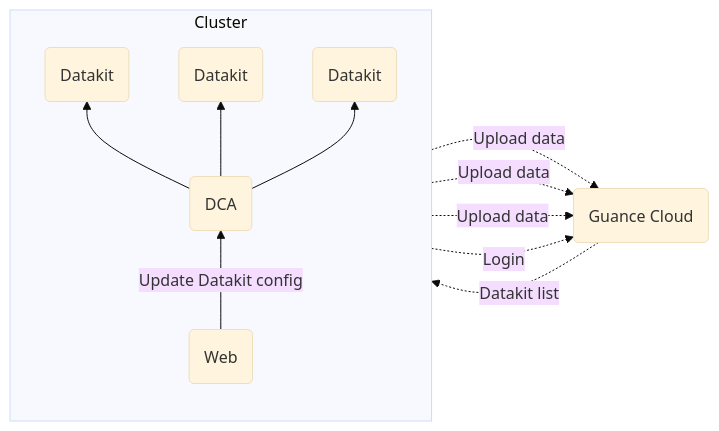
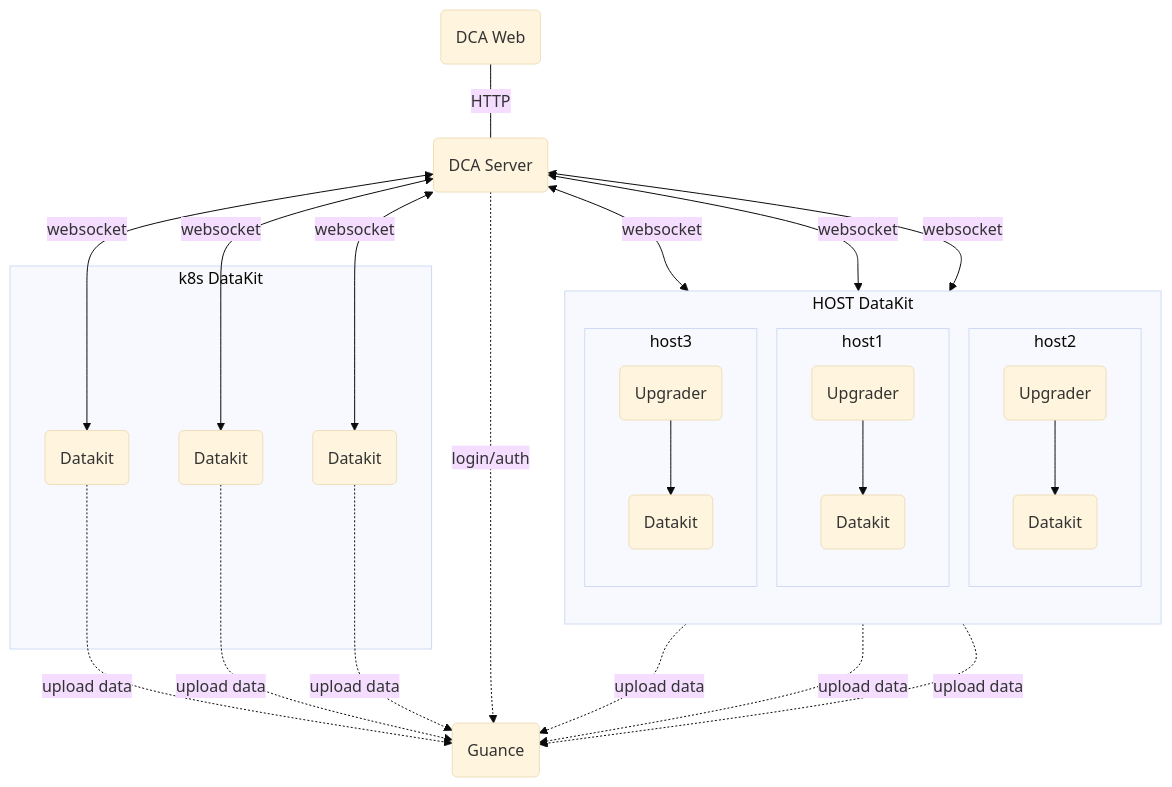
One commit to GuanceCloud/datakit changed the diagram in internal/export/doc/en/dca.md. Above: the diagram before and after it, drawn with Mermaid (base theme). The commit also changed other lines of this file and 150 other files, not shown here.

Commit message:
Dca testing 2333 dk dca websocket

````diff
--- a/internal/export/doc/en/dca.md
+++ b/internal/export/doc/en/dca.md
@@ -16,26 +16,47 @@
 ```mermaid
-flowchart LR;
+flowchart TB;
 
-dca(DCA);
+dca_server(DCA Server);
+dca_web(DCA Web);
+dk_upgrader1(Upgrader);
+dk_upgrader2(Upgrader);
+dk_upgrader3(Upgrader);
 dk1(Datakit);
 dk2(Datakit);
 dk3(Datakit);
-guance(Guance Cloud);
-dca_web(Web);
-%%%
+k8s_dk1(Datakit);
+k8s_dk2(Datakit);
+k8s_dk3(Datakit);
+guance(Guance);
 
-subgraph "Cluster"
-direction BT
-dca_web --> |Update Datakit config|dca;
-
-dca --> dk1;
-dca --> dk2;
-dca --> dk3;
+subgraph HOST DataKit
+    direction TB;
+    subgraph host_sub1 ["host1"]
+        dk_upgrader1 --> dk1;         
+    end
+    subgraph host_sub2 ["host2"]
+        dk_upgrader2 --> dk2;    
+    end
+    subgraph host_sub3 ["host3"]
+        dk_upgrader3 --> dk3;       
+    end
 end
 
-dk1 -.-> |Upload data|guance;
-dk2 -.-> |Upload data|guance;
-dk3 -.-> |Upload data|guance;
-dca -.-> |Login|guance;
-guance -.-> |Datakit list| dca
+subgraph k8s DataKit
+ k8s_dk1
+ k8s_dk2
+ k8s_dk3
+end
+    
+dk1 -.-> |upload data|guance;
+dk2 -.-> |upload data|guance;
+dk3 -.-> |upload data|guance;
+k8s_dk1 -.-> |upload data|guance;
+k8s_dk2 -.-> |upload data|guance;
+k8s_dk3 -.-> |upload data|guance;
+
+dca_server <--> |websocket| dk_upgrader1 & dk_upgrader2 & dk_upgrader3 & k8s_dk1 & k8s_dk2 & k8s_dk3
+dca_web -- HTTP --- dca_server;
+
+dca_server -.-> |login/auth| guance;
 ```
````
